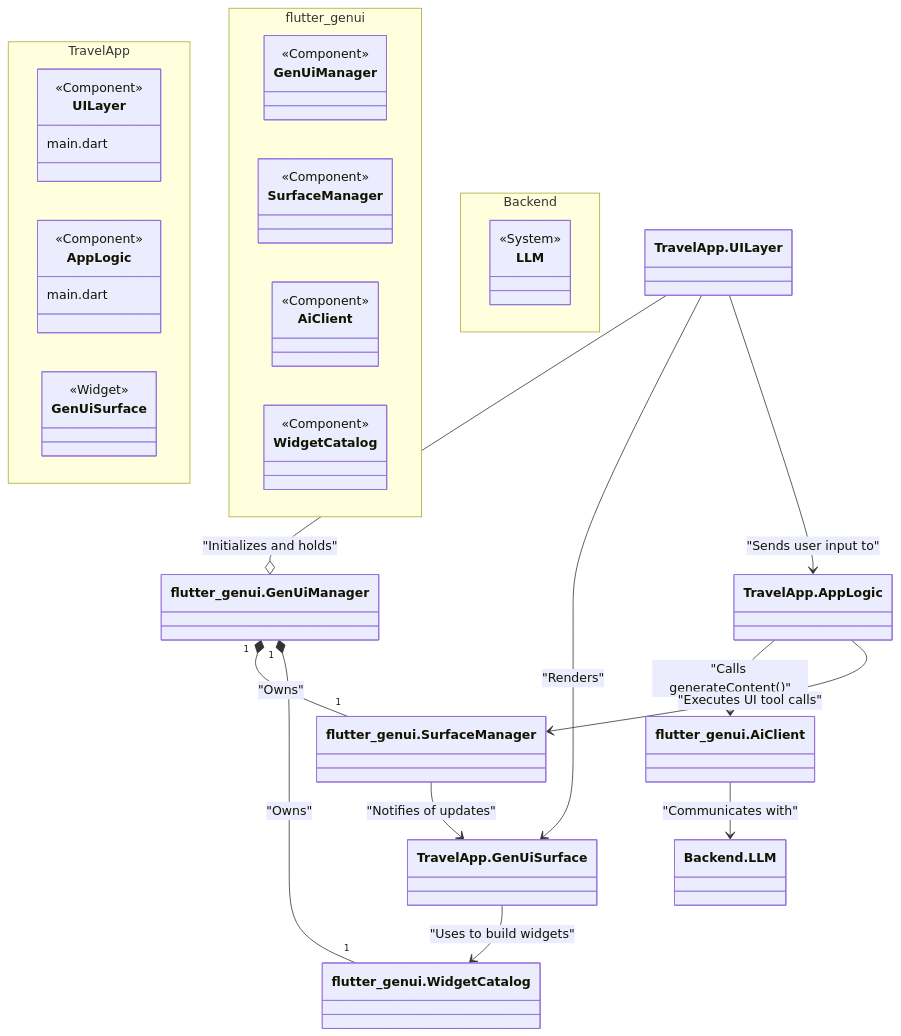
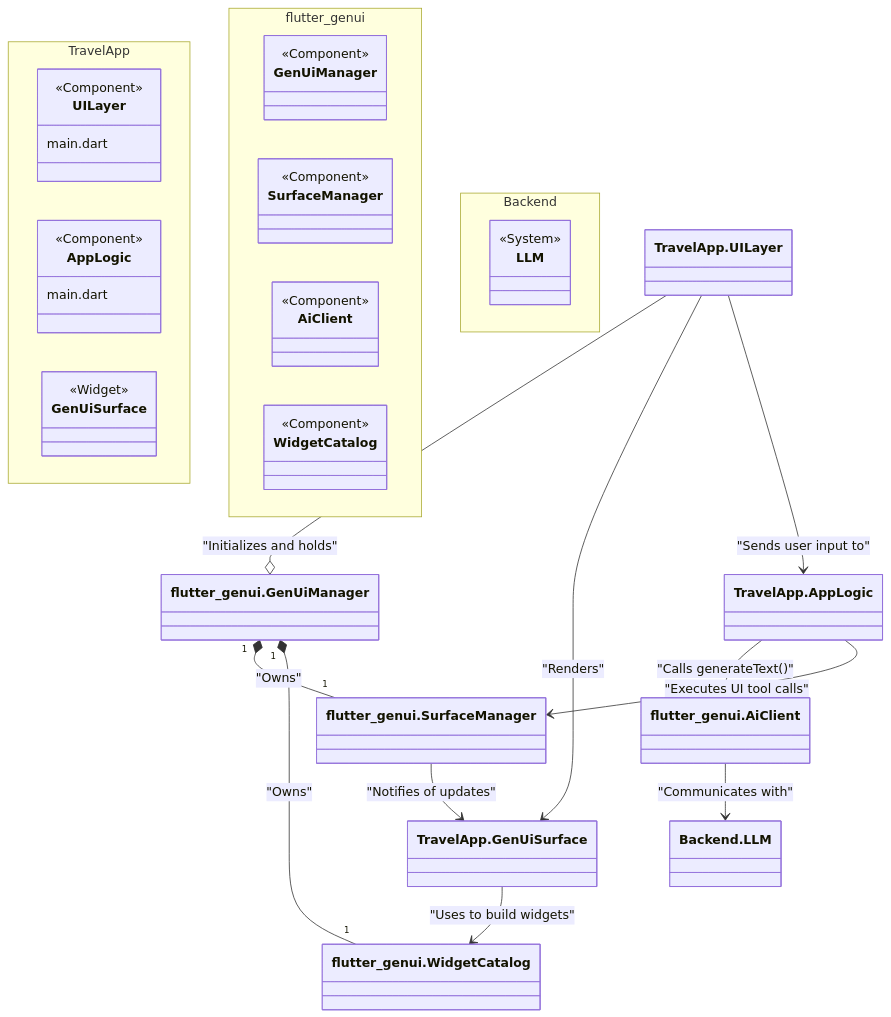
Before and after one commit to flutter/genui: the first of 3 diagrams in examples/travel_app/IMPLEMENTATION.md, drawn with Mermaid. The commit also changed 10 other files, not shown here.

Commit message:
Remove generateContent in favor of generateText

````diff
--- a/examples/travel_app/IMPLEMENTATION.md
+++ b/examples/travel_app/IMPLEMENTATION.md
@@ -13,54 +13,54 @@
 ```mermaid
 classDiagram
     direction TB
 
     namespace TravelApp {
         class UILayer {
             <<Component>>
             main.dart
         }
         class AppLogic {
             <<Component>>
             main.dart
         }
         class GenUiSurface {
             <<Widget>>
         }
     }
 
     namespace flutter_genui {
         class GenUiManager {
             <<Component>>
         }
         class SurfaceManager {
             <<Component>>
         }
         class AiClient {
             <<Component>>
         }
         class WidgetCatalog {
             <<Component>>
         }
     }
 
     namespace Backend {
         class LLM {
             <<System>>
         }
     }
 
     TravelApp.UILayer --o flutter_genui.GenUiManager : "Initializes and holds"
     TravelApp.UILayer --> TravelApp.GenUiSurface : "Renders"
     TravelApp.UILayer --> TravelApp.AppLogic : "Sends user input to"
 
-    TravelApp.AppLogic --> flutter_genui.AiClient : "Calls generateContent()"
+    TravelApp.AppLogic --> flutter_genui.AiClient : "Calls generateText()"
     TravelApp.AppLogic --> flutter_genui.SurfaceManager : "Executes UI tool calls"
 
     flutter_genui.GenUiManager "1" *-- "1" flutter_genui.SurfaceManager : "Owns"
     flutter_genui.GenUiManager "1" *-- "1" flutter_genui.WidgetCatalog : "Owns"
 
     flutter_genui.SurfaceManager --> TravelApp.GenUiSurface : "Notifies of updates"
     TravelApp.GenUiSurface --> flutter_genui.WidgetCatalog : "Uses to build widgets"
 
     flutter_genui.AiClient --> Backend.LLM : "Communicates with"
 ```
````
